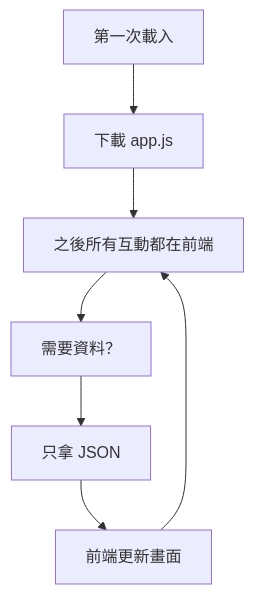
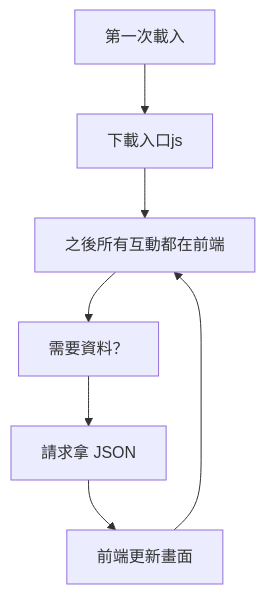
The second of 3 diagrams in pages/part2-spa.md (davelin18yufan/vue-intro), drawn with Mermaid before and after one commit. The commit also changed other lines of this file and 2 other files, not shown here.

Commit message:
Enhance part 2 framework timeline

````diff
--- a/pages/part2-spa.md
+++ b/pages/part2-spa.md
@@ -45,9 +45,9 @@
 ```mermaid {scale: 0.65}
 graph TD
-  A[第一次載入] --> B[下載 app.js]
+  A[第一次載入] --> B[下載入口js]
   B --> C[之後所有互動都在前端]
   C --> D[需要資料？]
-  D --> E[只拿 JSON]
+  D --> E[請求拿 JSON]
   E --> F[前端更新畫面]
   F --> C
 ```
````
